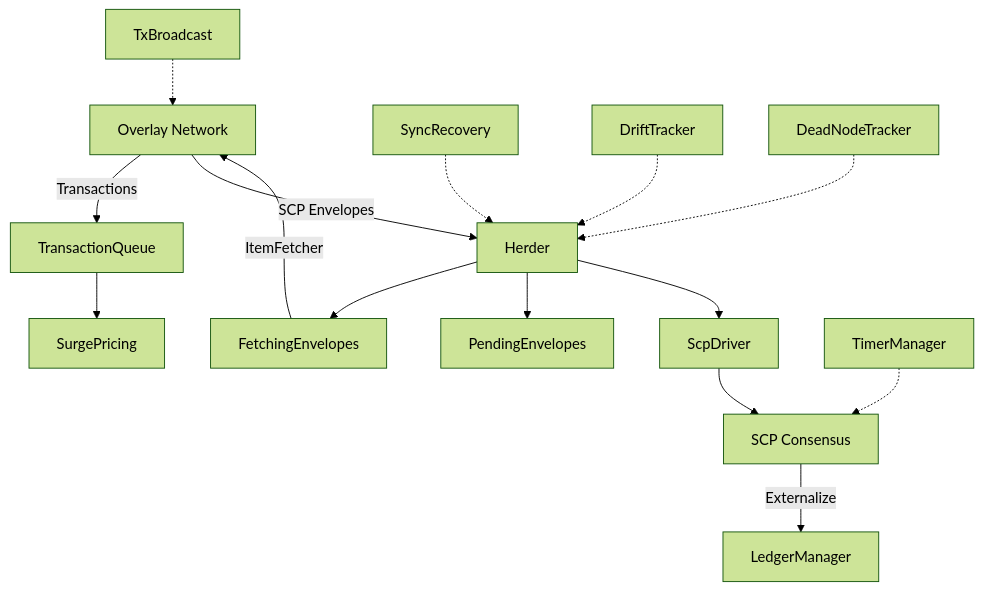
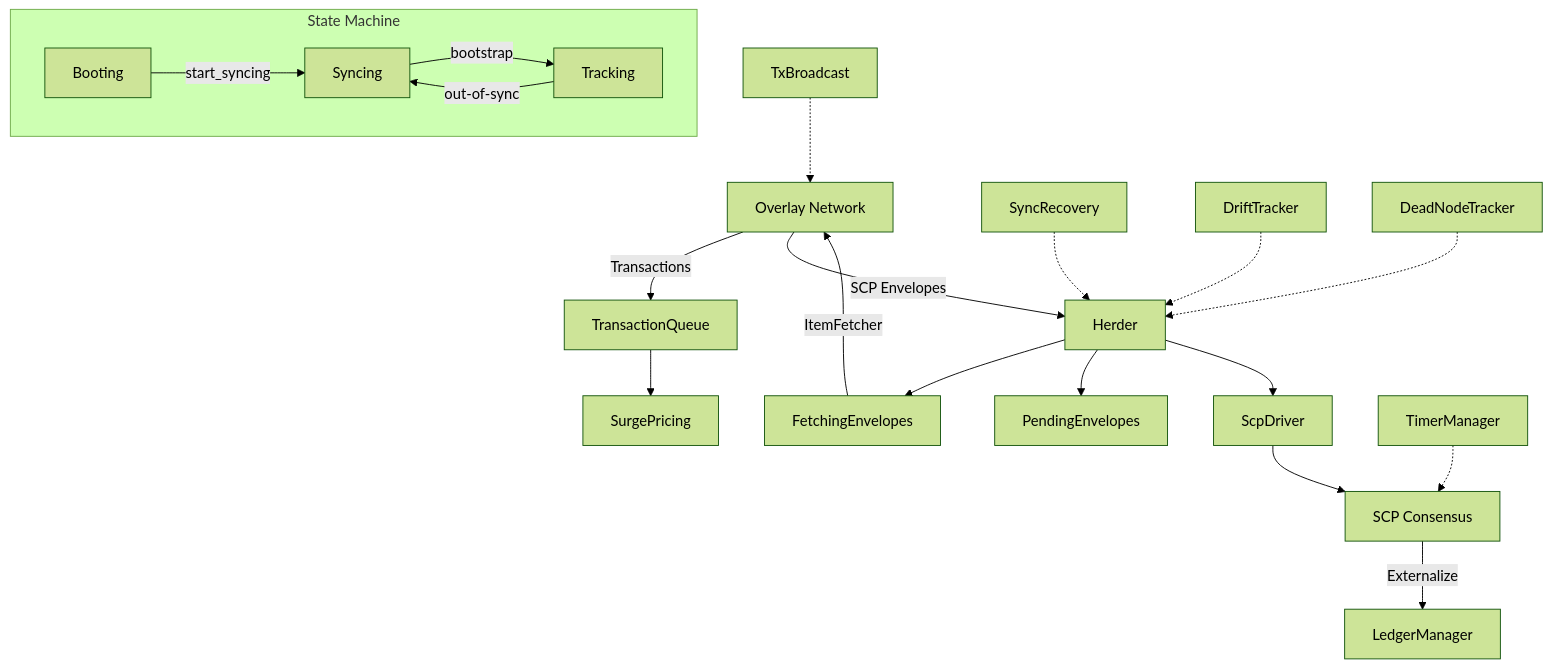
Before and after one commit to tomerweller/henyey: the diagram in crates/herder/README.md, drawn with Mermaid (forest theme). The commit also changed other lines of this file and 4 other files, not shown here.

````diff
--- a/crates/herder/README.md
+++ b/crates/herder/README.md
@@ -33,18 +13,24 @@
 ```mermaid
 graph TD
-    ON[Overlay Network] --> |Transactions| TQ[TransactionQueue]
-    ON --> |SCP Envelopes| H[Herder]
+    subgraph "State Machine"
+        Boot[Booting] -->|start_syncing| Sync[Syncing]
+        Sync -->|bootstrap| Track[Tracking]
+        Track -->|out-of-sync| Sync
+    end
+
+    ON[Overlay Network] -->|Transactions| TQ[TransactionQueue]
+    ON -->|SCP Envelopes| H[Herder]
     H --> FE[FetchingEnvelopes]
     H --> PE[PendingEnvelopes]
     H --> SD[ScpDriver]
     SD --> SCP[SCP Consensus]
     TQ --> SP[SurgePricing]
-    FE --> |ItemFetcher| ON
-    SCP --> |Externalize| LM[LedgerManager]
+    FE -->|ItemFetcher| ON
+    SCP -->|Externalize| LM[LedgerManager]
 
     TM[TimerManager] -.-> SCP
     SR[SyncRecovery] -.-> H
     TB[TxBroadcast] -.-> ON
     DT[DriftTracker] -.-> H
     DN[DeadNodeTracker] -.-> H
 ```
````
